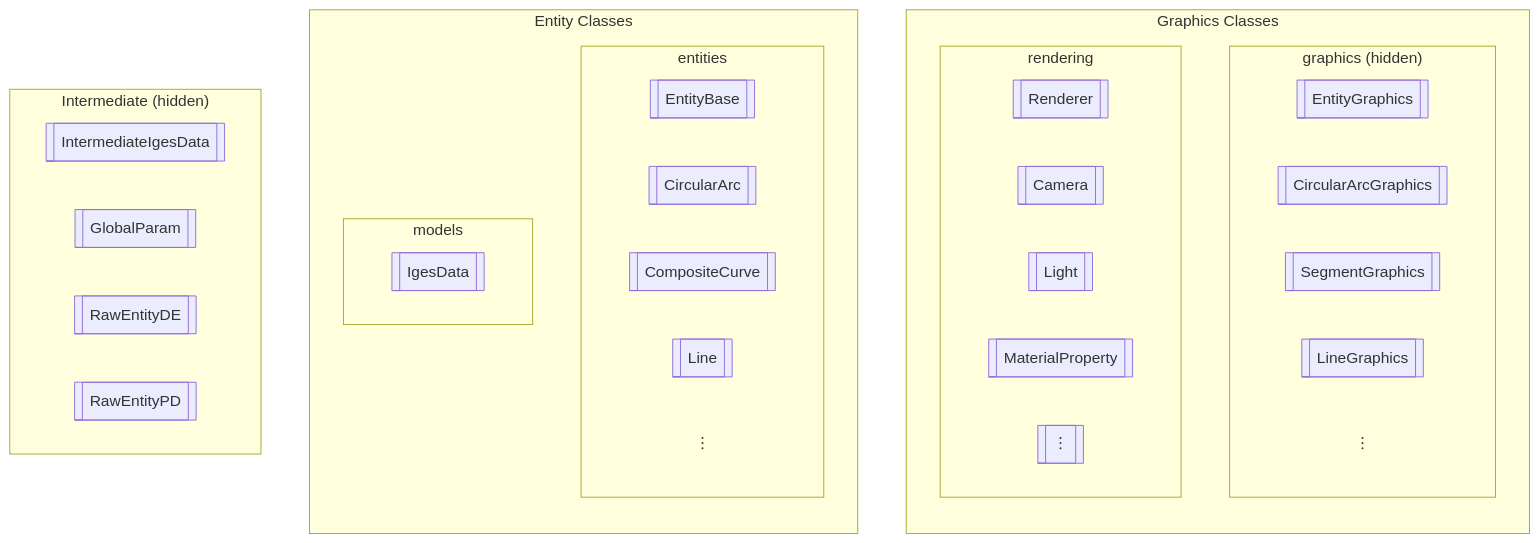
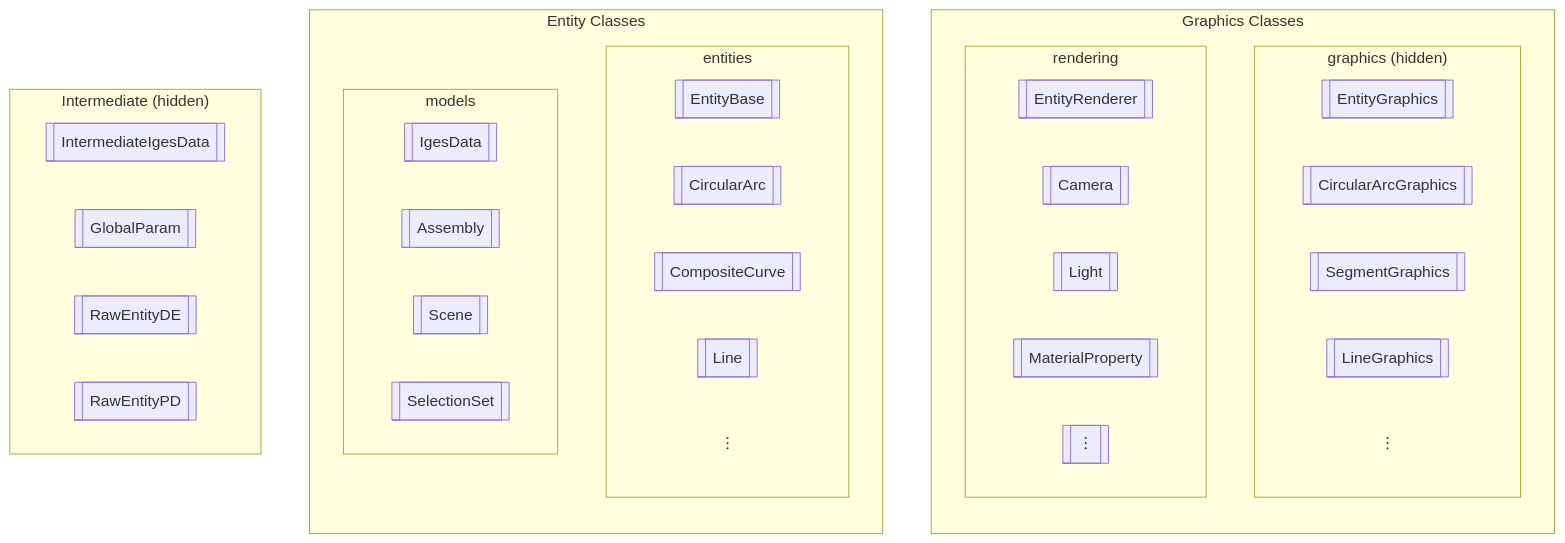
Before and after one commit to YayoiHabami/IGESio: the diagram in docs/class_structure.md, drawn with Mermaid. The commit also changed other lines of this file and 25 other files, not shown here.

````diff
--- a/docs/class_structure.md
+++ b/docs/class_structure.md
@@ -18,47 +18,50 @@
 ```mermaid
 flowchart TD
     subgraph "Graphics Classes"
         direction TB
         subgraph "graphics (hidden)"
             direction LR
             g1[[EntityGraphics]]
             g2[[CircularArcGraphics]]
             g3[[SegmentGraphics]]
             g4[[LineGraphics]]
             y[[︙]]
         end
         subgraph "rendering"
             direction LR
-            gr1[[Renderer]]
+            gr1[[EntityRenderer]]
             gr2[[Camera]]
             gr3[[Light]]
             gr4[[MaterialProperty]]
             z[[︙]]
         end
     end
     subgraph "Entity Classes"
         direction TB
         subgraph "entities"
             direction LR
             e1[[EntityBase]]
             e2[[CircularArc]]
             e3[[CompositeCurve]]
             e4[[Line]]
             x[[︙]]
         end
         subgraph "models"
             direction LR
             em1[[IgesData]]
+            em2[[Assembly]]
+            em3[[Scene]]
+            em4[[SelectionSet]]
         end
     end
     subgraph "Intermediate (hidden)"
         direction LR
         i1[[IntermediateIgesData]]
         i2[[GlobalParam]]
         i3[[RawEntityDE]]
         i4[[RawEntityPD]]
     end
 
 style x fill:#fff0, stroke:#fff0
 style y fill:#fff0, stroke:#fff0
 ```
````
